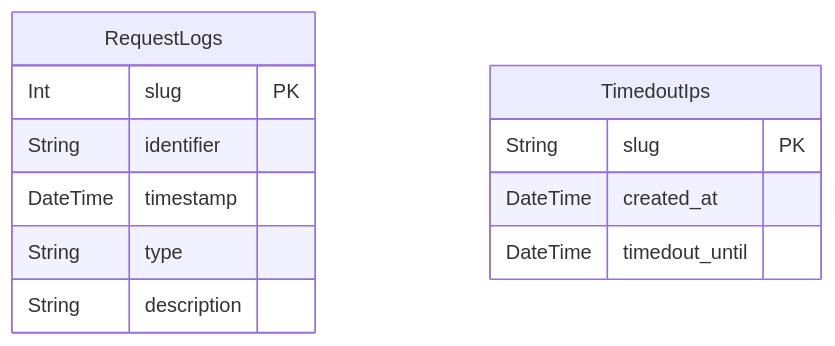
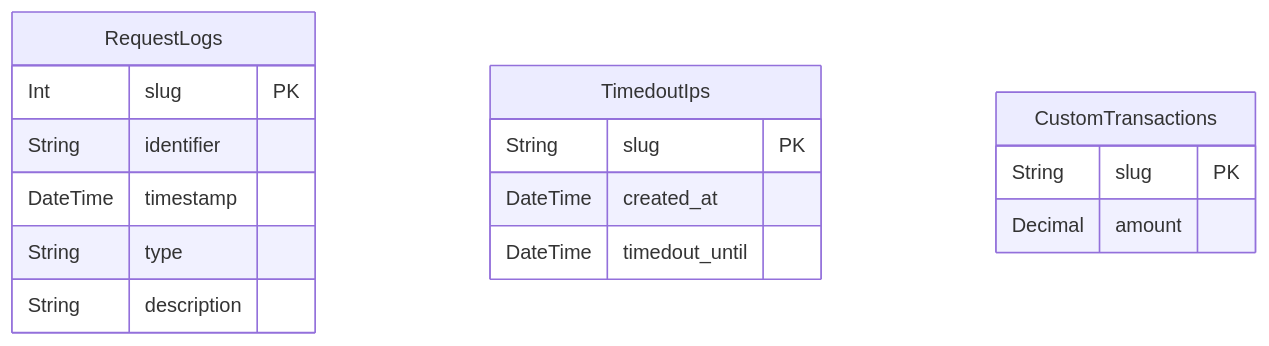
Before and after one commit to aymanbazyan/storeflow-docs: the sixth of 6 diagrams in docs/01-Overview/02-Tech-Stack-Concepts.md, drawn with Mermaid. The commit also changed other lines of this file and 4 other files, not shown here.

````diff
--- a/docs/01-Overview/02-Tech-Stack-Concepts.md
+++ b/docs/01-Overview/02-Tech-Stack-Concepts.md
@@ -230,16 +240,21 @@
 ```mermaid
 erDiagram
     RequestLogs {
         Int slug PK
         String identifier
         DateTime timestamp
         String type
         String description
     }
 
     TimedoutIps {
         String slug PK
         DateTime created_at
         DateTime timedout_until
     }
+
+     CustomTransactions {
+      String      slug  PK
+      Decimal     amount
+    }
 ```
````
